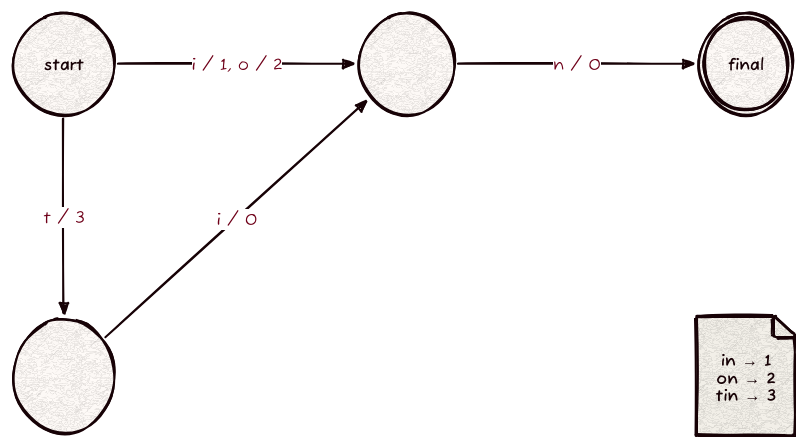
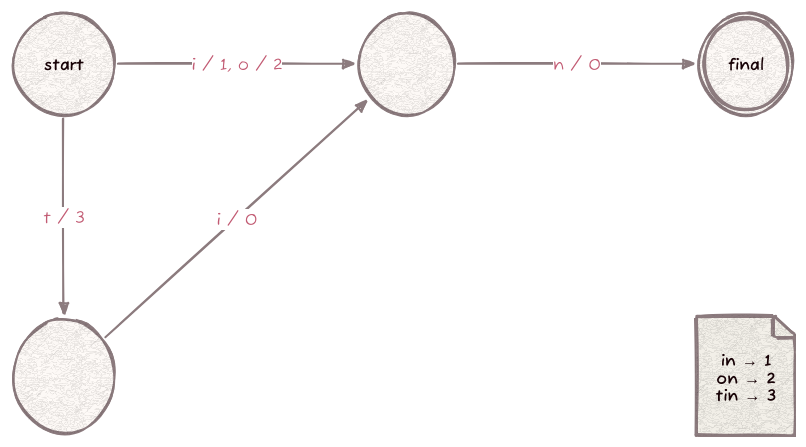
The diagram in docs/fst.d2 (Kronuz/fst), drawn with D2 before and after one commit. The commit also changed 1 other file, not shown here.

Commit message:
Render the README diagram for light and dark pages
A transparent background, mid-tone lines and mid-tone edge labels let
the one SVG read on GitHub's light and dark themes; the header carries
the settings so a plain `d2` renders it the same way.

[skip ci]

```diff
--- a/docs/fst.d2
+++ b/docs/fst.d2
@@ -1,22 +1,24 @@
 # fst: "in", "on" and "tin" share the suffix "n"; a key's value is the sum of the outputs on its path.
-# Render: d2 --layout elk --sketch --theme 302 docs/fst.d2 docs/fst.svg
-vars: { d2-config: { layout-engine: elk; theme-id: 302; sketch: true; pad: 24 } }
+# Render: d2 docs/fst.d2 docs/fst.svg
+vars: { d2-config: { layout-engine: elk; theme-id: 302; sketch: true; pad: 24; theme-overrides: { B1: "#8C7B7E"; B2: "#C25B73"; N2: "#C25B73" } } }
+style.fill: transparent
+
 grid-rows: 2
 grid-columns: 3
 horizontal-gap: 240
 vertical-gap: 200
 
 start: start {shape: circle}
 n: "" {shape: circle}
 final: final {shape: circle; style.double-border: true}
 t: "" {shape: circle}
 gap: "" {style.opacity: 0}
 keys: "in → 1\non → 2\ntin → 3" {
   shape: page
   style.fill: "#F4F1EA"
 }
 
 start -> n: "i / 1, o / 2"
 n -> final: "n / 0"
 start -> t: "t / 3"
 t -> n: "i / 0"
```
